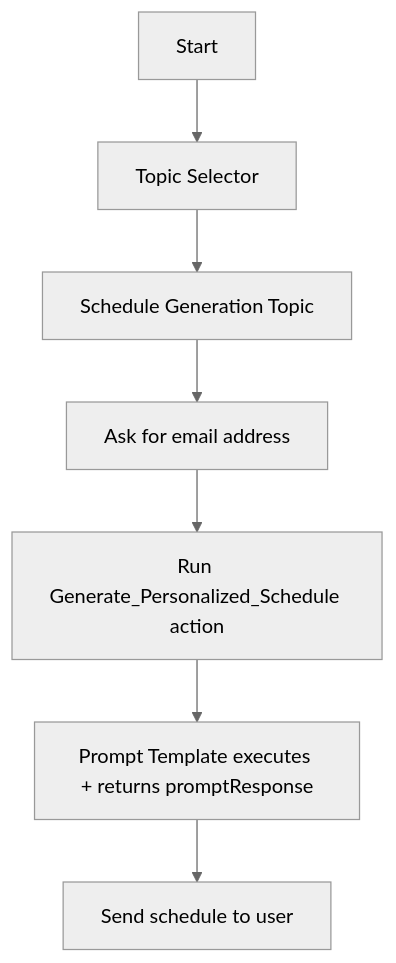
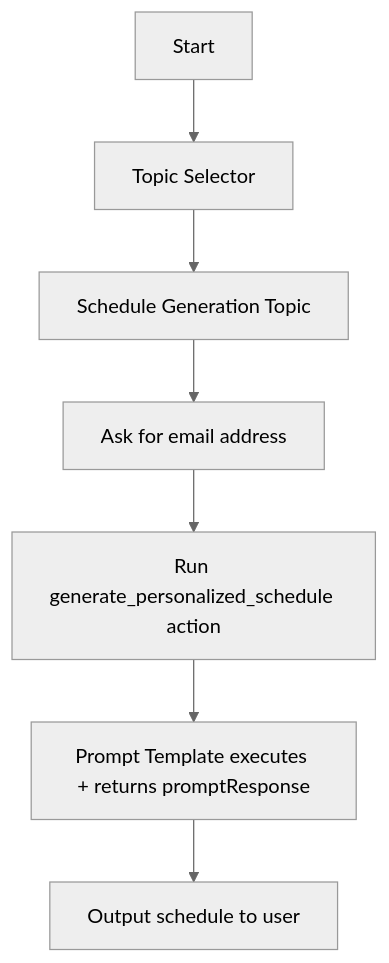
One commit to YashwanthRao95/agent-script-recipes changed the diagram in force-app/main/02_actionConfiguration/promptTemplateActions/README.md. Above: the diagram before and after it, drawn with Mermaid. The commit also changed other lines of this file and 1 other file, not shown here.

````diff
--- a/force-app/main/02_actionConfiguration/promptTemplateActions/README.md
+++ b/force-app/main/02_actionConfiguration/promptTemplateActions/README.md
@@ -9,10 +9,10 @@
 ```mermaid
 %%{init: {'theme':'neutral'}}%%
 graph TD
     A[Start] --> B[Topic Selector]
     B --> C[Schedule Generation Topic]
     C --> D[Ask for email address]
-    D --> E[Run Generate_Personalized_Schedule action]
+    D --> E[Run generate_personalized_schedule action]
     E --> F[Prompt Template executes + returns promptResponse]
-    F --> G[Send schedule to user]
+    F --> G[Output schedule to user]
 ```
````
